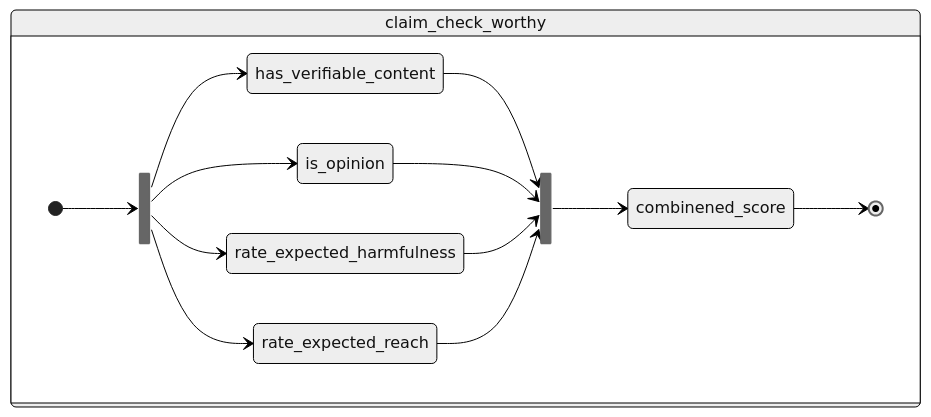
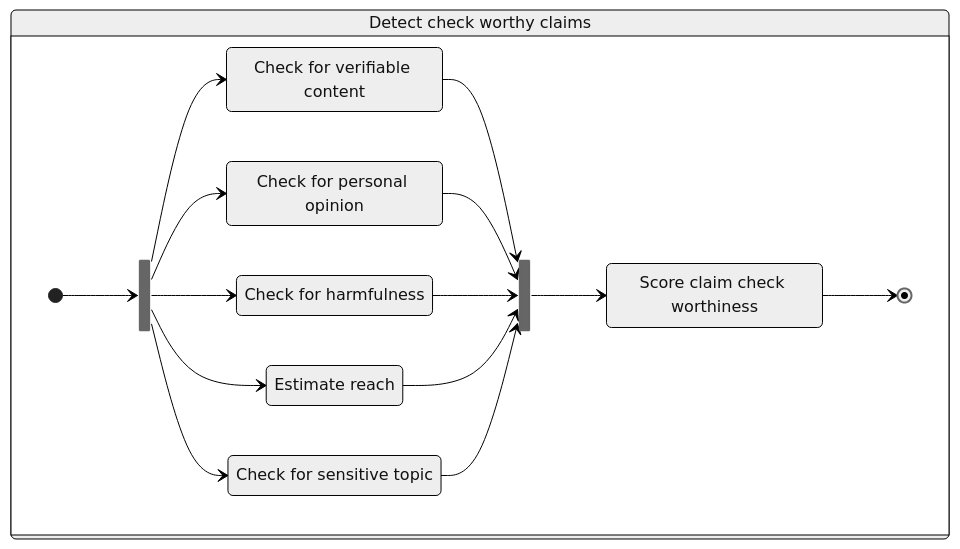
Before and after one commit to marcinsawinski/llm_explore: the fifth of 7 diagrams in process/latex/process_fc.md, drawn with Mermaid. The commit also changed other lines of this file, not shown here.

````diff
--- a/process/latex/process_fc.md
+++ b/process/latex/process_fc.md
@@ -100,21 +140,33 @@
 ```mermaid
 stateDiagram
   direction TB
 %%{init: {'theme':'neutral'}}%%
 state fork <<fork>>
 state join <<join>>
+claim_check_worthy: Detect check worthy claims
+
+has_verifiable_content: Check for verifiable content
+is_opinion: Check for personal opinion
+rate_expected_harmfulness: Check for harmfulness
+rate_expected_reach: Estimate reach
+check_for_sensitive_topic: Check for sensitive topic
+score_claim: Score claim check worthiness
+
 state claim_check_worthy{
   direction LR
   [*] --> fork
   fork --> has_verifiable_content
   fork --> is_opinion
   fork --> rate_expected_harmfulness
   fork --> rate_expected_reach
+  fork --> check_for_sensitive_topic
   has_verifiable_content --> join
   is_opinion --> join
   rate_expected_harmfulness --> join
   rate_expected_reach --> join
-  join --> combinened_score
-  combinened_score --> [*]
+  check_for_sensitive_topic --> join
+  check_for_sensitive_topic
+  join --> score_claim
+  score_claim --> [*]
 }
 ```
````
